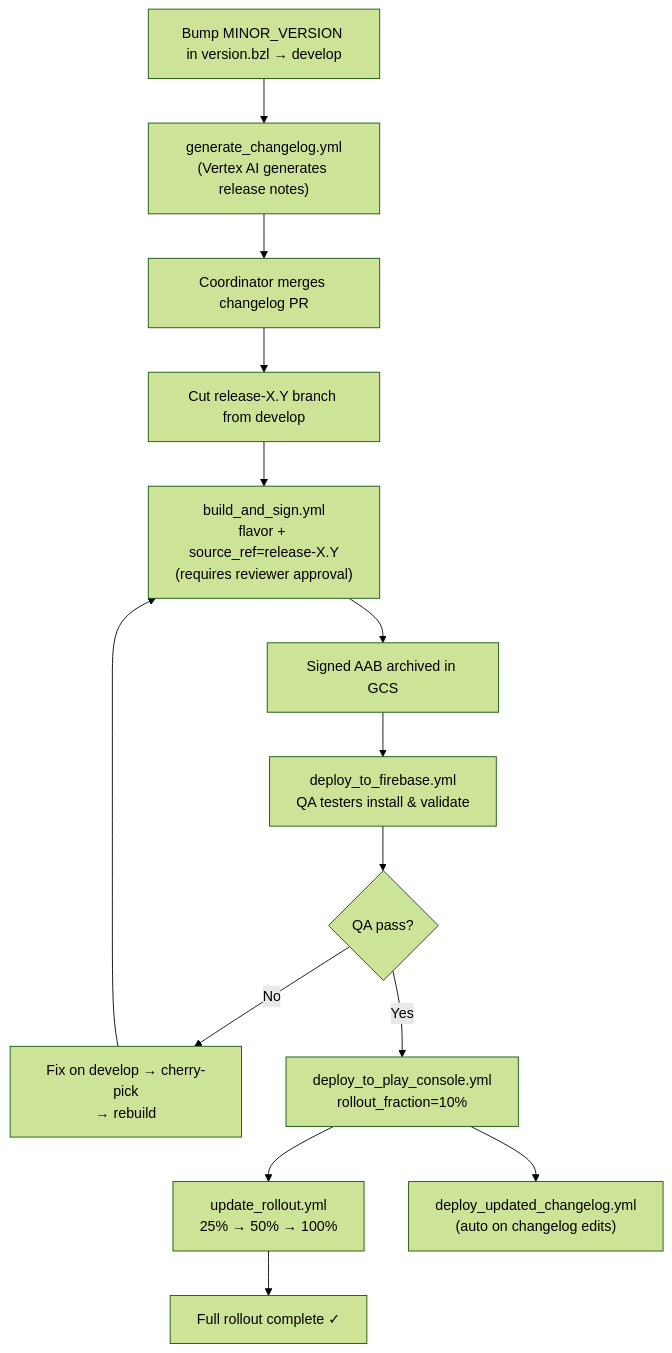
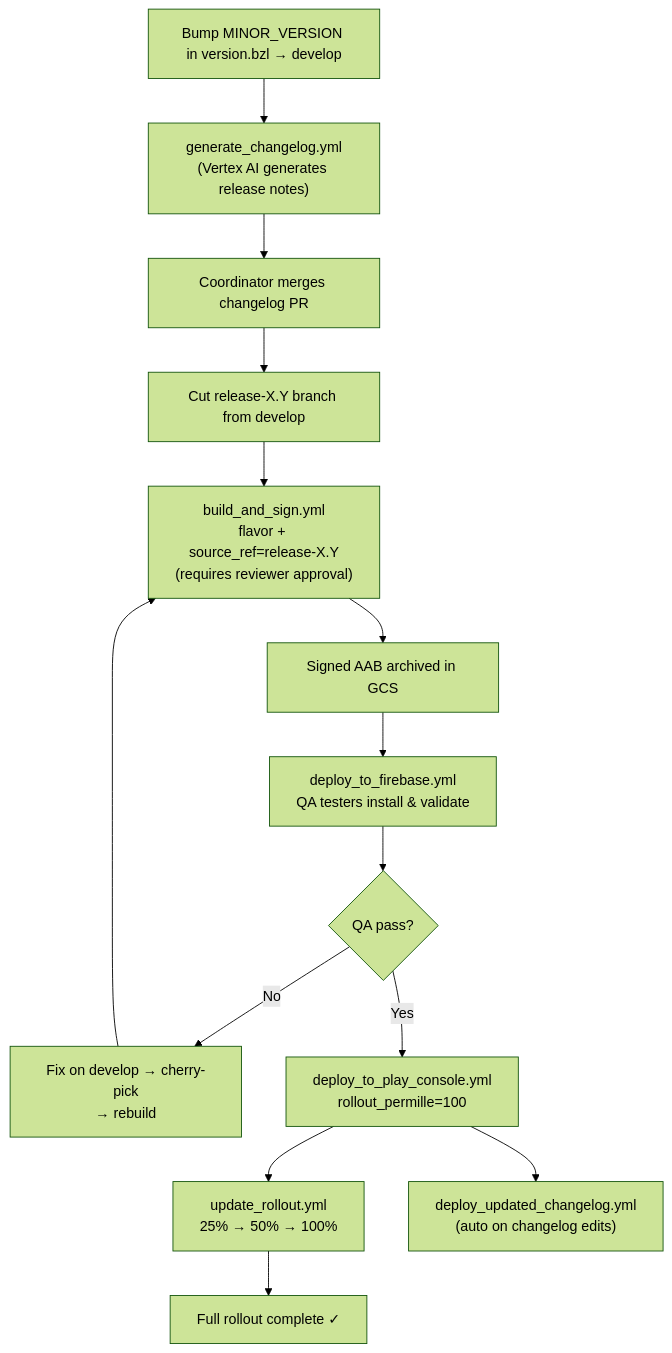
One commit to oppia/oppia-android changed the first of 2 diagrams in wiki/app-and-feature-release-process.md. Above: the diagram before and after it, drawn with Mermaid (forest theme). The commit also changed other lines of this file and 20 other files, not shown here.

````diff
--- a/wiki/app-and-feature-release-process.md
+++ b/wiki/app-and-feature-release-process.md
@@ -382,16 +382,16 @@
 ```mermaid
 flowchart TD
     A["Bump MINOR_VERSION in version.bzl → develop"] --> B["generate_changelog.yml\n(Vertex AI generates release notes)"]
     B --> C["Coordinator merges changelog PR"]
     C --> D["Cut release-X.Y branch from develop"]
     D --> E["build_and_sign.yml\nflavor + source_ref=release-X.Y\n(requires reviewer approval)"]
     E --> F["Signed AAB archived in GCS"]
     F --> G["deploy_to_firebase.yml\nQA testers install & validate"]
     G --> H{"QA pass?"}
     H -- "No" --> I["Fix on develop → cherry-pick\n→ rebuild"]
     I --> E
-    H -- "Yes" --> J["deploy_to_play_console.yml\nrollout_fraction=10%"]
+H -- "Yes" --> J["deploy_to_play_console.yml\nrollout_permille=100"]
     J --> K["update_rollout.yml\n25% → 50% → 100%"]
     K --> L["Full rollout complete ✓"]
     J --> M["deploy_updated_changelog.yml\n(auto on changelog edits)"]
 ```
````
